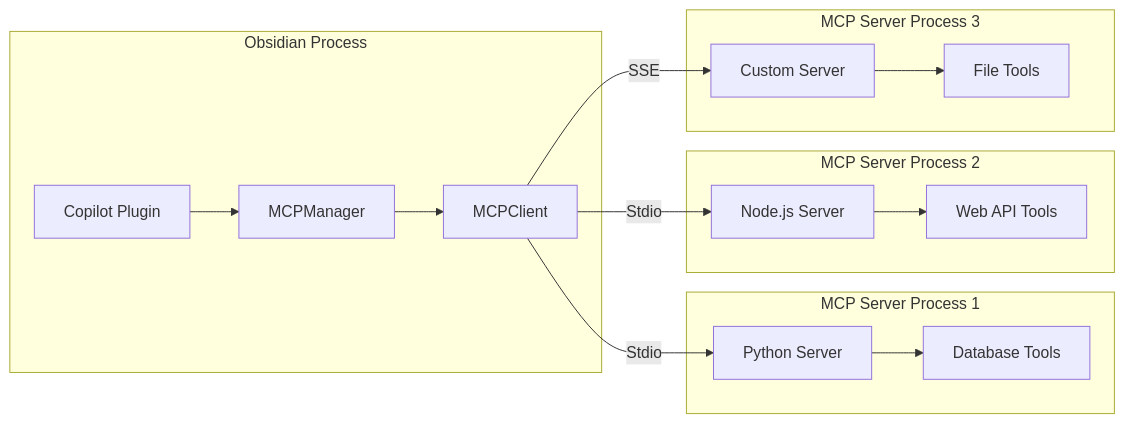
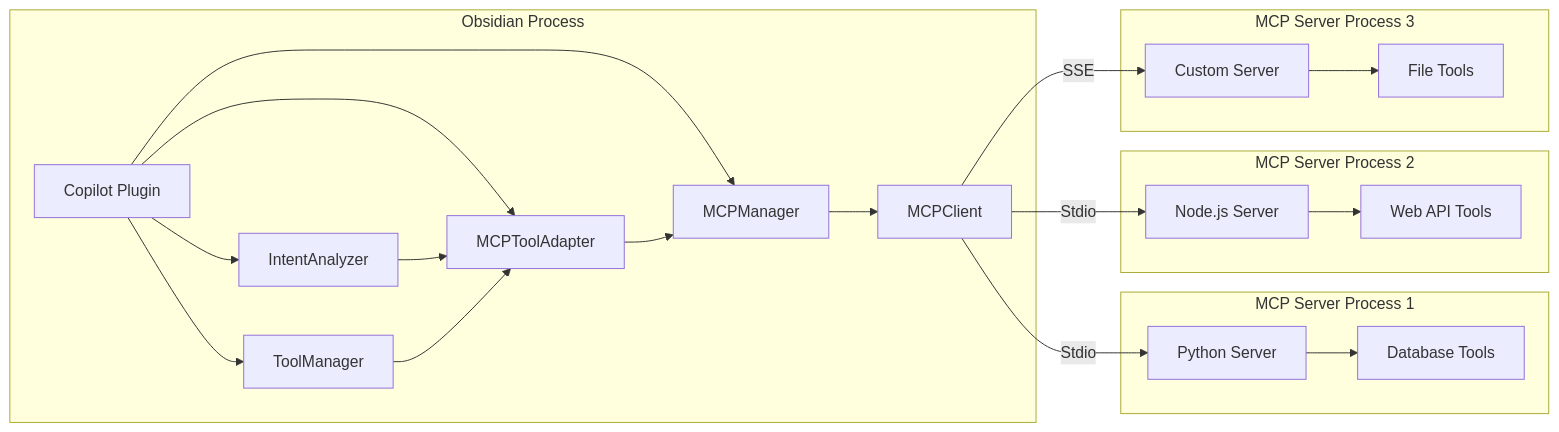
The fourth of 4 diagrams in projectConfig.md (bluewings1211/obsidian-copilot), drawn with Mermaid before and after one commit. The commit also changed other lines of this file and 3 other files, not shown here.

First line of the commit message:
[Task 5]: MCPToolAdapter 實作 - 建立 MCP 工具適配器，將 MCP 工具整合到現有工具系統

````diff
--- a/projectConfig.md
+++ b/projectConfig.md
@@ -140,32 +146,42 @@
 ```mermaid
 graph LR
     subgraph "Obsidian Process"
         A[Copilot Plugin]
         B[MCPManager]
         C[MCPClient]
+        D[MCPToolAdapter]
+        E[IntentAnalyzer]
+        F[ToolManager]
+
         A --> B
+        A --> D
+        A --> E
+        A --> F
         B --> C
+        D --> B
+        E --> D
+        F --> D
     end
 
     subgraph "MCP Server Process 1"
-        D[Python Server]
-        E[Database Tools]
-        D --> E
+        G[Python Server]
+        H[Database Tools]
+        G --> H
     end
 
     subgraph "MCP Server Process 2"
-        F[Node.js Server]
-        G[Web API Tools]
-        F --> G
+        I[Node.js Server]
+        J[Web API Tools]
+        I --> J
     end
 
     subgraph "MCP Server Process 3"
-        H[Custom Server]
-        I[File Tools]
-        H --> I
+        K[Custom Server]
+        L[File Tools]
+        K --> L
     end
 
-    C -->|Stdio| D
-    C -->|Stdio| F
-    C -->|SSE| H
+    C -->|Stdio| G
+    C -->|Stdio| I
+    C -->|SSE| K
 ```
````
